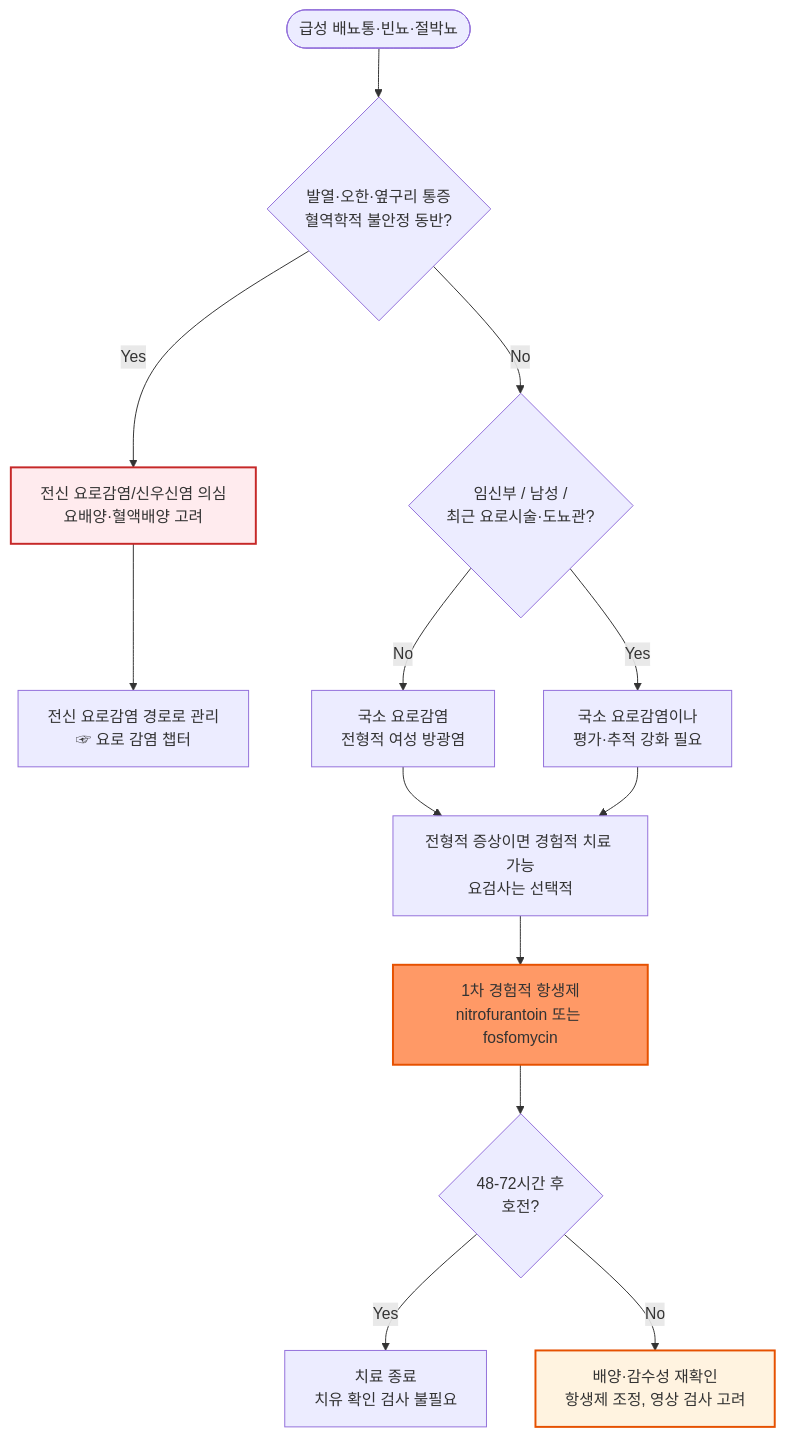
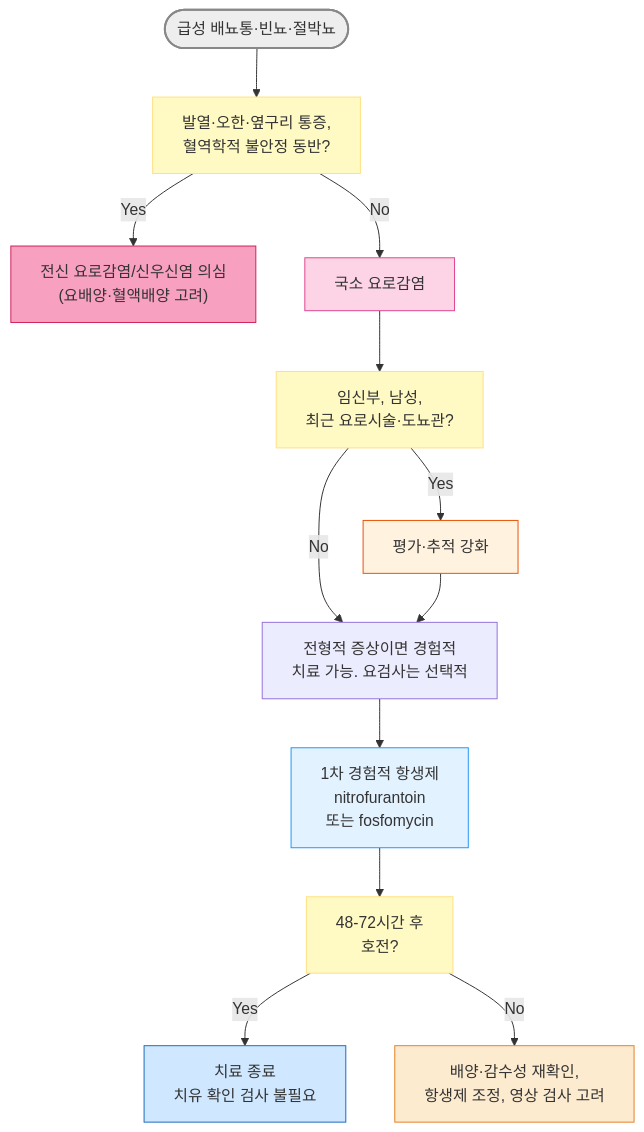
The diagram in 227_/118_-acute-cystitis.md (familyoh77/familyoh77), drawn with Mermaid before and after one commit. The commit also changed other lines of this file, not shown here.

Commit message:
GITBOOK-1335: No subject

````diff
--- a/227_/118_-acute-cystitis.md
+++ b/227_/118_-acute-cystitis.md
@@ -88,18 +88,24 @@
 ```mermaid
 graph TD
-    A([급성 배뇨통·빈뇨·절박뇨]) --> B{발열·오한·옆구리 통증<br>혈역학적 불안정 동반?}
-    B -->|Yes| C[전신 요로감염/신우신염 의심<br>요배양·혈액배양 고려]
-    C --> D[전신 요로감염 경로로 관리<br>☞ 요로 감염 챕터]
-    B -->|No| E{임신부 / 남성 /<br>최근 요로시술·도뇨관?}
-    E -->|Yes| F[국소 요로감염이나<br>평가·추적 강화 필요]
-    E -->|No| G[국소 요로감염<br>전형적 여성 방광염]
-    G --> H[전형적 증상이면 경험적 치료 가능<br>요검사는 선택적]
+    A([급성 배뇨통·빈뇨·절박뇨]) --> B[발열·오한·옆구리 통증,<br>혈역학적 불안정 동반?]
+    B -->|Yes| C["전신 요로감염/신우신염 의심<br>(요배양·혈액배양 고려)"]
+    B -->|No| D[국소 요로감염]
+D --> E[임신부, 남성, <br>최근 요로시술·도뇨관?]
+    E -->|Yes| F[평가·추적 강화]
+    E -->|No| H[전형적 증상이면 경험적 <br>치료 가능. 요검사는 선택적]
     F --> H
-    H --> I[1차 경험적 항생제<br>nitrofurantoin 또는 fosfomycin]
-    I --> J{48-72시간 후<br>호전?}
+    H --> I[1차 경험적 항생제<br>nitrofurantoin<br> 또는 fosfomycin]
+    I --> J[48-72시간 후<br>호전?]
     J -->|Yes| K[치료 종료<br>치유 확인 검사 불필요]
-    J -->|No| L[배양·감수성 재확인<br>항생제 조정, 영상 검사 고려]
-    style C fill:#ffebee,stroke:#c62828,stroke-width:2px
-    style I fill:#f96,stroke:#e65100,stroke-width:2px
-    style L fill:#fff3e0,stroke:#e65100,stroke-width:2px
+    J -->|No| L[배양·감수성 재확인,<br>항생제 조정, 영상 검사 고려]
+
+style A fill:#eeeeee,stroke:#888888,stroke-width:2px
+classDef yellow fill:#fff9c4,stroke:#ffe082
+class B,E,J yellow
+style C fill:#f8a0c0,stroke:#d01f5a
+style D fill:#fcd4e6,stroke:#e0448e
+style I fill:#e3f2ff,stroke:#2196f3
+style K fill:#d0e8ff,stroke:#1a6abf
+style L fill:#fdebd0,stroke:#e67e22
+style F fill:#fff3e0,stroke:#e65100
 ```
````
